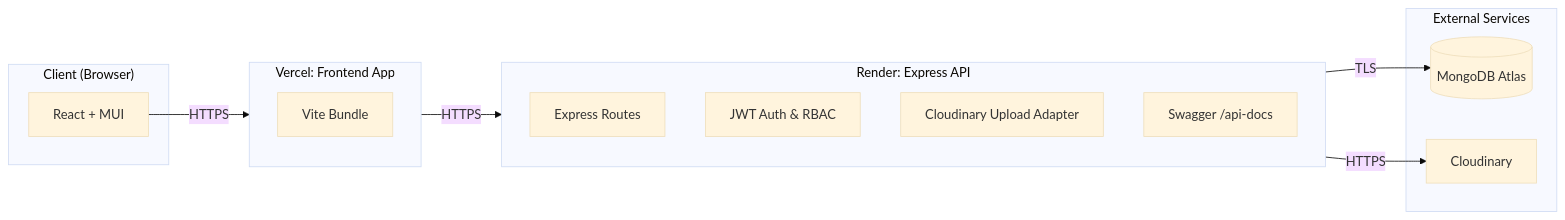
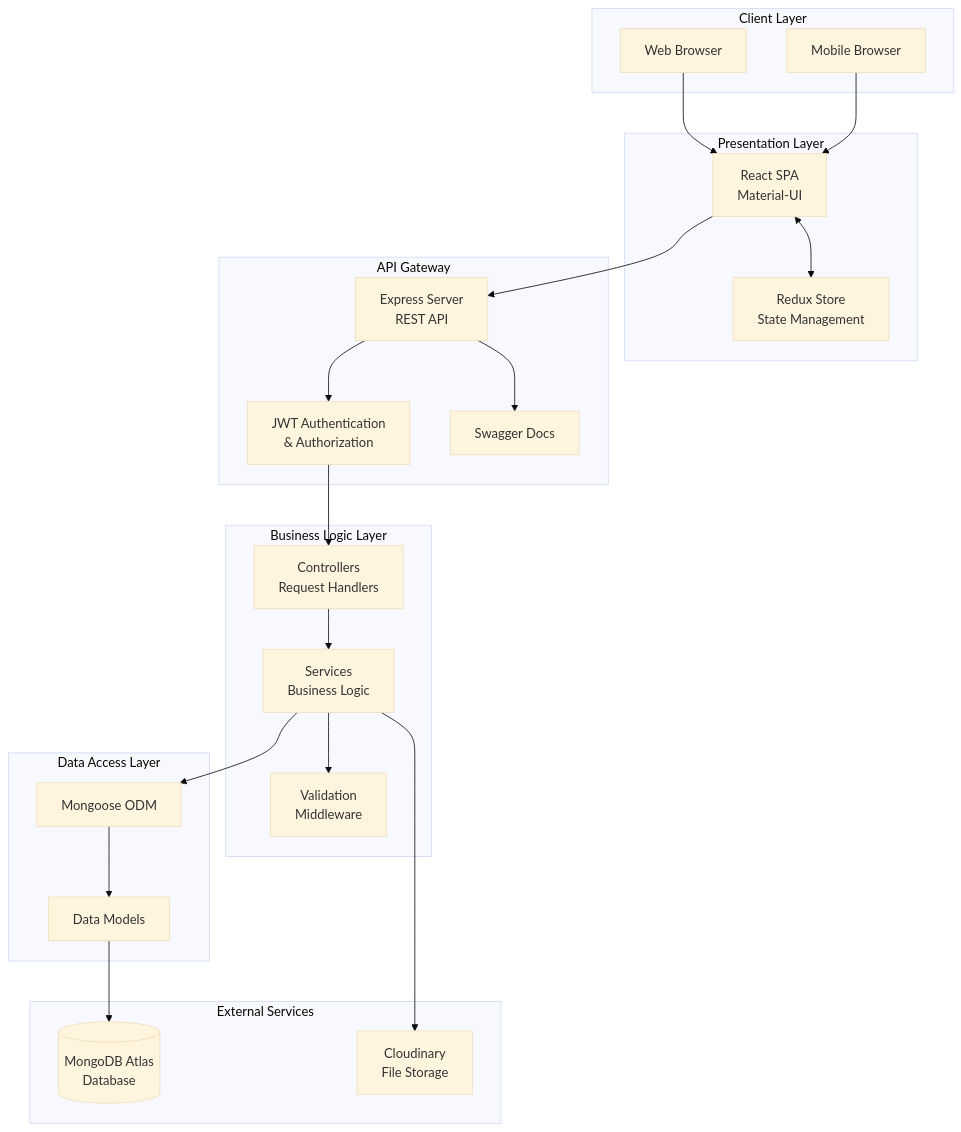
The fourth of 10 diagrams in README.md (Manu-Tyagi90/task-management-system), drawn with Mermaid (base theme) before and after one commit. The commit also changed other lines of this file, not shown here.

````diff
--- a/README.md
+++ b/README.md
@@ -212,27 +394,48 @@
 ```mermaid
-flowchart LR
-  subgraph Client["Client (Browser)"]
-    UI[React + MUI]
-  end
-
-  subgraph Frontend["Vercel: Frontend App"]
-    Vite[Vite Bundle]
-  end
-
-  subgraph Backend["Render: Express API"]
-    API[Express Routes]
-    Auth[JWT Auth & RBAC]
-    Uploads[Cloudinary Upload Adapter]
-    Swagger[Swagger /api-docs]
-  end
-
-  subgraph External["External Services"]
-    DB[(MongoDB Atlas)]
-    CDN[Cloudinary]
-  end
-
-  UI -->|HTTPS| Frontend
-  Frontend -->|HTTPS| Backend
-  Backend -->|TLS| DB
-  Backend -->|HTTPS| CDN
+graph TB
+    subgraph "Client Layer"
+        Browser[Web Browser]
+        Mobile[Mobile Browser]
+    end
+    
+    subgraph "Presentation Layer"
+        React[React SPA<br/>Material-UI]
+        Redux[Redux Store<br/>State Management]
+    end
+    
+    subgraph "API Gateway"
+        Express[Express Server<br/>REST API]
+        Auth[JWT Authentication<br/>& Authorization]
+        Swagger[Swagger Docs]
+    end
+    
+    subgraph "Business Logic Layer"
+        Controllers[Controllers<br/>Request Handlers]
+        Services[Services<br/>Business Logic]
+        Validation[Validation<br/>Middleware]
+    end
+    
+    subgraph "Data Access Layer"
+        Mongoose[Mongoose ODM]
+        Models[Data Models]
+    end
+    
+    subgraph "External Services"
+        MongoDB[(MongoDB Atlas<br/>Database)]
+        Cloudinary[Cloudinary<br/>File Storage]
+    end
+    
+    Browser --> React
+    Mobile --> React
+    React <--> Redux
+    React --> Express
+    Express --> Auth
+    Express --> Swagger
+    Auth --> Controllers
+    Controllers --> Services
+    Services --> Validation
+    Services --> Mongoose
+    Mongoose --> Models
+    Models --> MongoDB
+    Services --> Cloudinary
 ```
````
